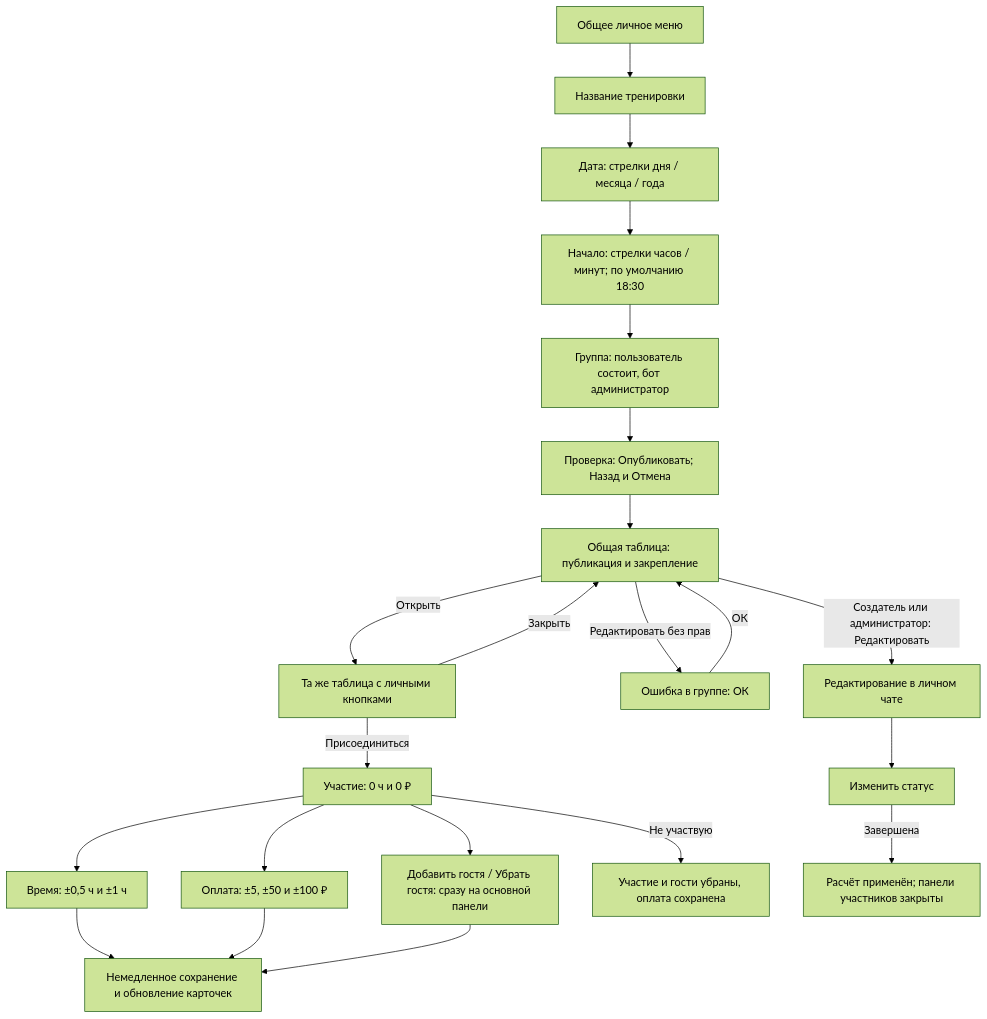
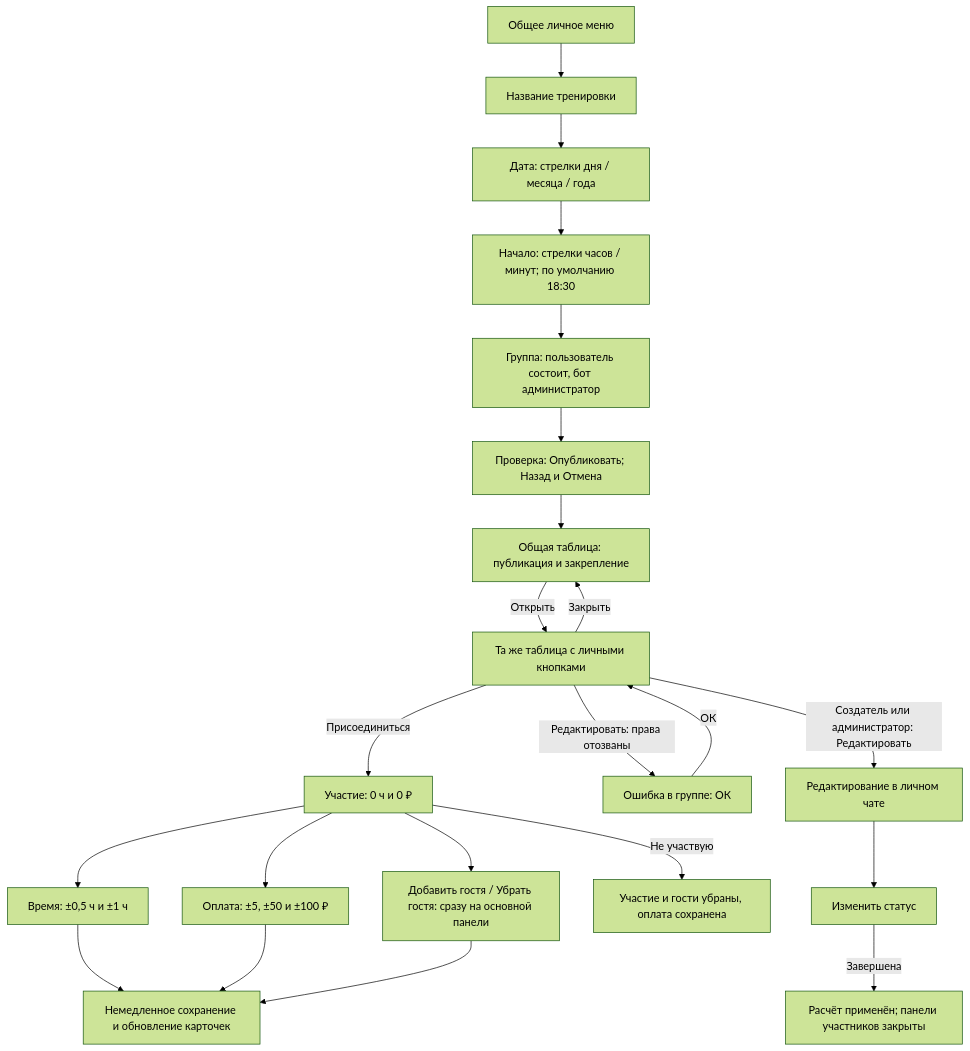
One commit to Romamor/tennis-split-bot changed the first of 3 diagrams in docs/UI_FLOW_REVIEW.md. Above: the diagram before and after it, drawn with Mermaid (forest theme). The commit also changed other lines of this file and 15 other files, not shown here.

Commit message:
Move training editing into personal panels and draft arbitrary payment flows

````diff
--- a/docs/UI_FLOW_REVIEW.md
+++ b/docs/UI_FLOW_REVIEW.md
@@ -13,24 +13,24 @@
 ```mermaid
 flowchart TD
     Menu[Общее личное меню] --> Create[Название тренировки]
     Create --> DatePicker[Дата: стрелки дня / месяца / года]
     DatePicker --> StartTime[Начало: стрелки часов / минут; по умолчанию 18:30]
     StartTime --> PickGroup[Группа: пользователь состоит, бот администратор]
     PickGroup --> Check[Проверка: Опубликовать; Назад и Отмена]
     Check --> Public[Общая таблица: публикация и закрепление]
     Public -->|Открыть| Personal[Та же таблица с личными кнопками]
     Personal -->|Присоединиться| Joined[Участие: 0 ч и 0 ₽]
     Joined --> Time[Время: ±0,5 ч и ±1 ч]
     Joined --> Payment[Оплата: ±5, ±50 и ±100 ₽]
     Joined --> Guests[Добавить гостя / Убрать гостя: сразу на основной панели]
     Time --> Save[Немедленное сохранение и обновление карточек]
     Payment --> Save
     Guests --> Save
     Joined -->|Не участвую| Leave[Участие и гости убраны, оплата сохранена]
     Personal -->|Закрыть| Public
-    Public -->|Редактировать без прав| EditError[Ошибка в группе: ОК]
-    EditError -->|ОК| Public
-    Public -->|Создатель или администратор: Редактировать| Editor[Редактирование в личном чате]
+    Personal -->|Редактировать: права отозваны| EditError[Ошибка в группе: ОК]
+    EditError -->|ОК| Personal
+    Personal -->|Создатель или администратор: Редактировать| Editor[Редактирование в личном чате]
     Editor --> Status[Изменить статус]
     Status -->|Завершена| Accounted[Расчёт применён; панели участников закрыты]
 ```
````
